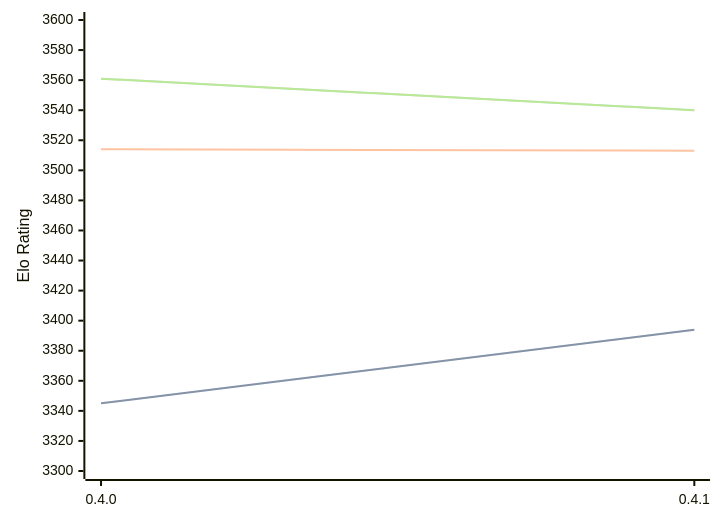
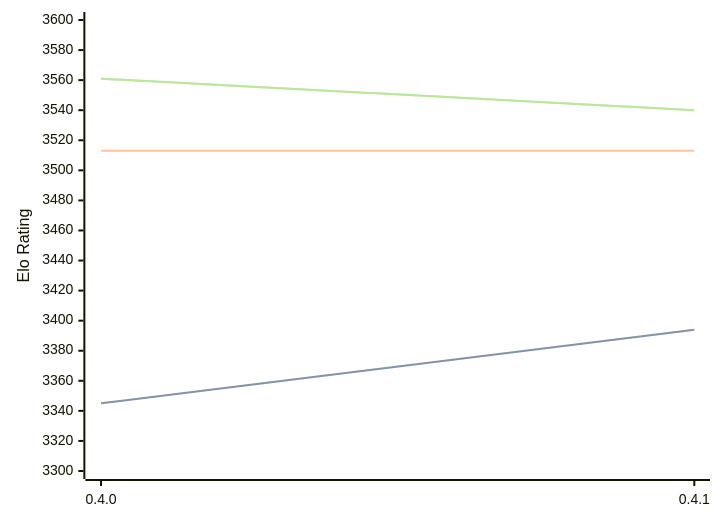
One commit to computer-chess-index/cci changed the diagram in engines/Cinder.md. Above: the diagram before and after it, drawn with Mermaid. The commit also changed other lines of this file, not shown here.

````diff
--- a/engines/Cinder.md
+++ b/engines/Cinder.md
@@ -38,11 +38,11 @@
 ```mermaid
 %%{init: {"theme":"base","themeVariables":{"seriesColors:['#a3a3a3','#222221','#faa371']}}}%%
 xychart-beta
   x-axis ["0.4.0", "0.4.1"]
   y-axis "Elo Rating" 3300 --> 3600
   line "STC (8.0+0.08s)" [3345, 3394]
   line "STC (8.0+0.08s)" [3345, 3394]
-  line "LTC (60.0+0.60s)" [3514, 3513]
+  line "LTC (60.0+0.60s)" [3513, 3513]
   line "VLTC (2m24s+1.12s)" [3561, 3540]
   line "VLTC (2m24s+1.12s)" [3561, 3540]
 ```
````
